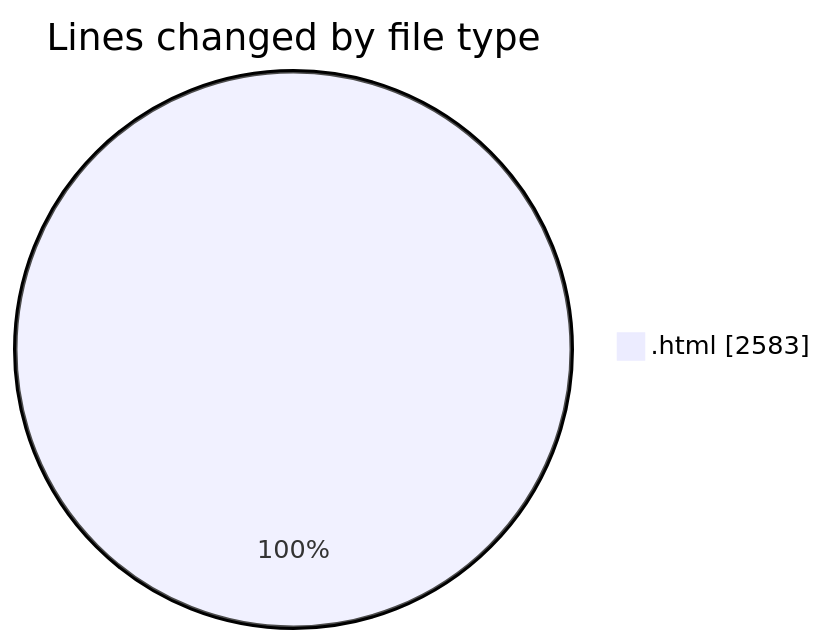
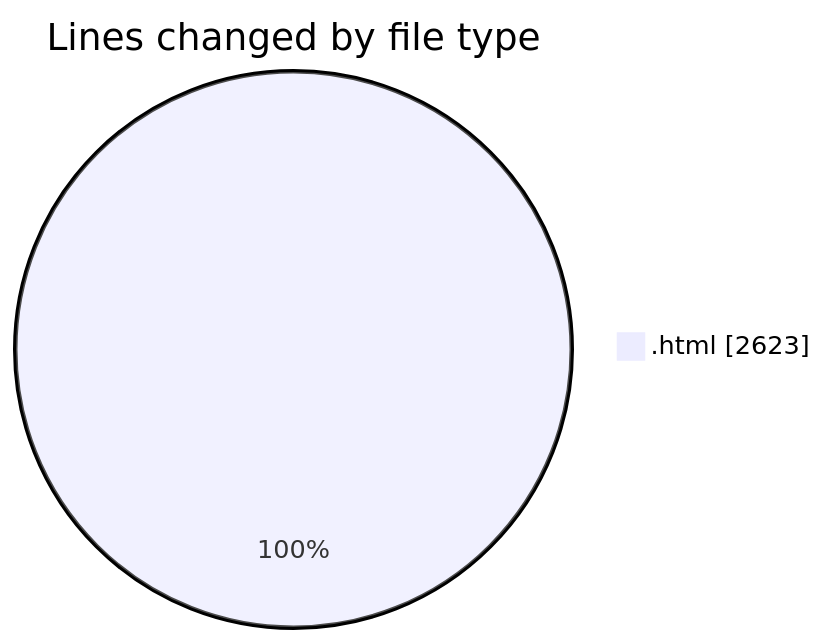
The first of 2 diagrams in 2025-06-17/projects/README.md (Ritupan-Deka/code-tracking), drawn with Mermaid before and after one commit. The commit also changed other lines of this file and 1 other file, not shown here.

````diff
--- a/2025-06-17/projects/README.md
+++ b/2025-06-17/projects/README.md
@@ -21,5 +21,5 @@
 ```mermaid
 pie showData
 title Lines changed by file type
-".html" : 2583
+".html" : 2623
 ```
````
